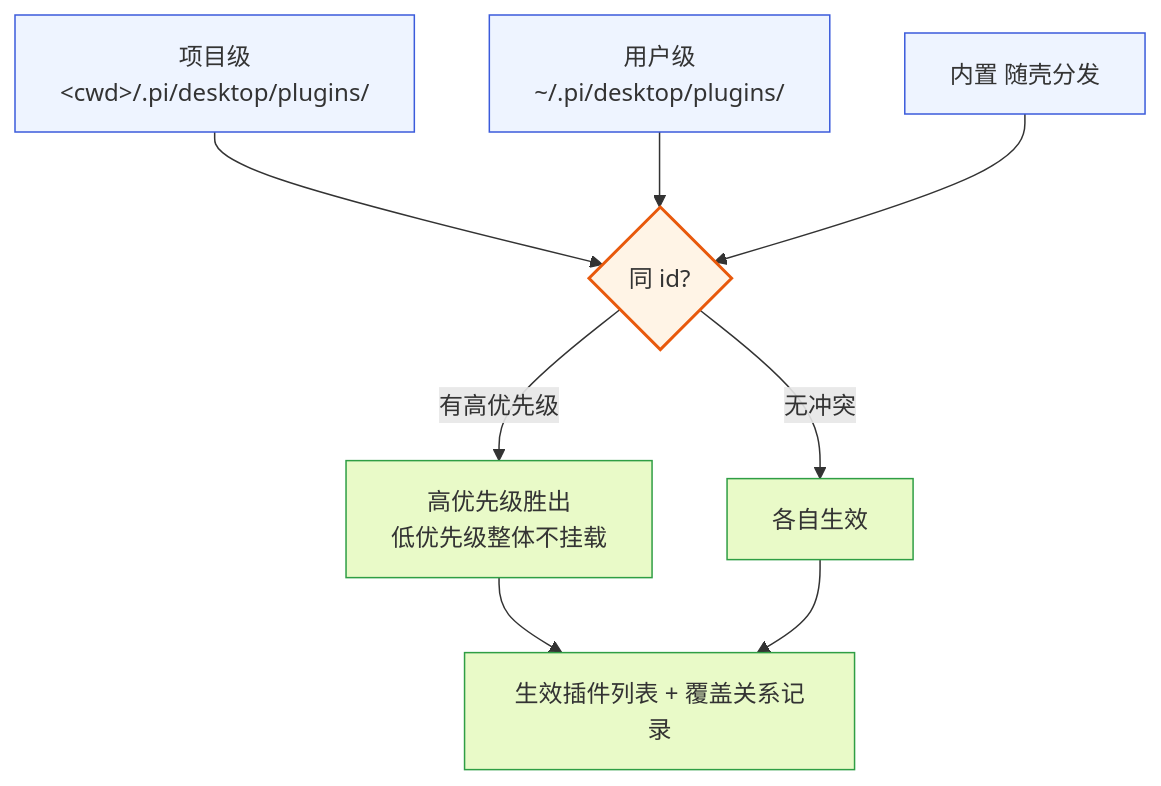
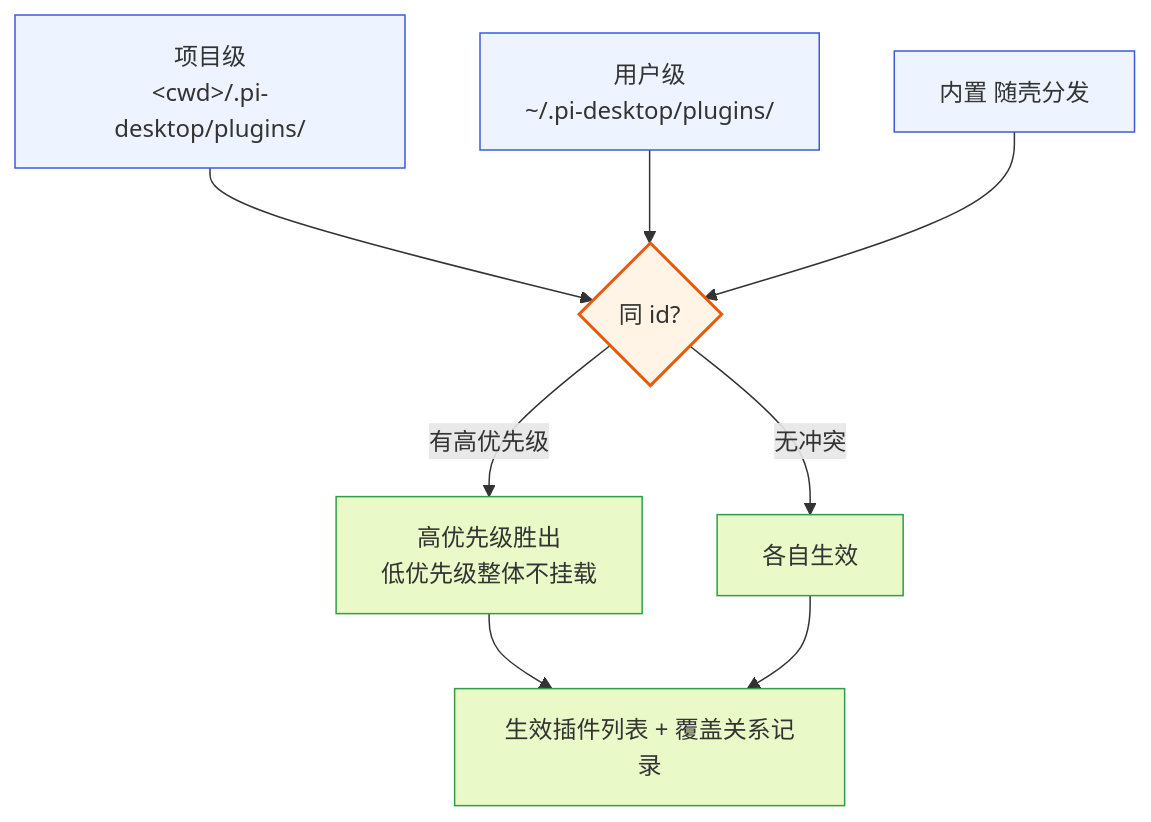
Before and after one commit to GOODDAYDAY/my-harness-desktop: the ninth of 21 diagrams in DESIGN.md, drawn with Mermaid. The commit also changed other lines of this file and 21 other files, not shown here.

````diff
--- a/DESIGN.md
+++ b/DESIGN.md
@@ -1037,16 +1037,16 @@
 ```mermaid
 flowchart TD
-    D1["项目级<br/>&lt;cwd&gt;/.pi/desktop/plugins/"] --> M{"同 id?"}
-    D2["用户级<br/>~/.pi/desktop/plugins/"] --> M
+    D1["项目级<br/>&lt;cwd&gt;/.pi-desktop/plugins/"] --> M{"同 id?"}
+    D2["用户级<br/>~/.pi-desktop/plugins/"] --> M
     D3["内置 随壳分发"] --> M
     M -->|"有高优先级"| WIN["高优先级胜出<br/>低优先级整体不挂载"]
     M -->|"无冲突"| ALL["各自生效"]
     WIN --> RES["生效插件列表 + 覆盖关系记录"]
     ALL --> RES
     classDef dir fill:#eef4ff,stroke:#3b5bdb;
     classDef dec fill:#fff4e6,stroke:#e8590c,stroke-width:2px;
     classDef res fill:#e9fac8,stroke:#2f9e44;
     class D1,D2,D3 dir;
     class M dec;
     class WIN,ALL,RES res;
 ```
````
